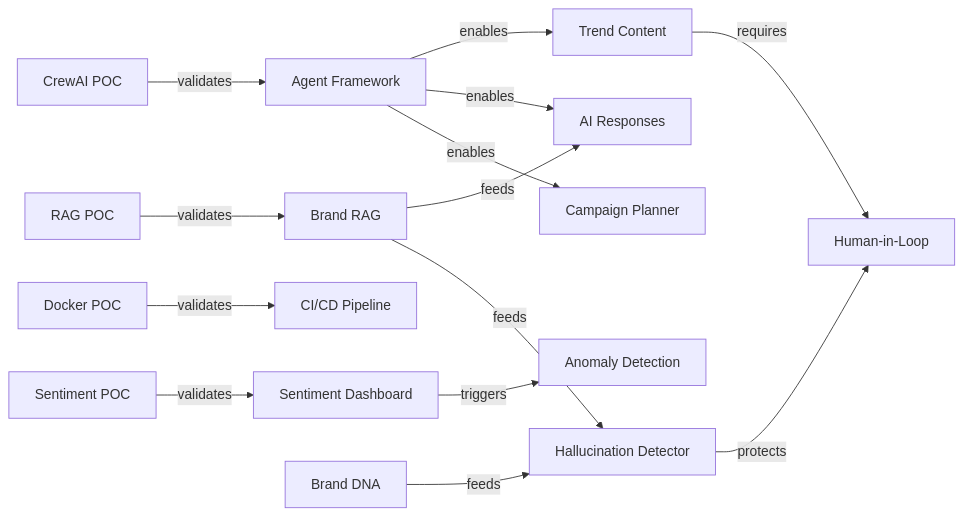
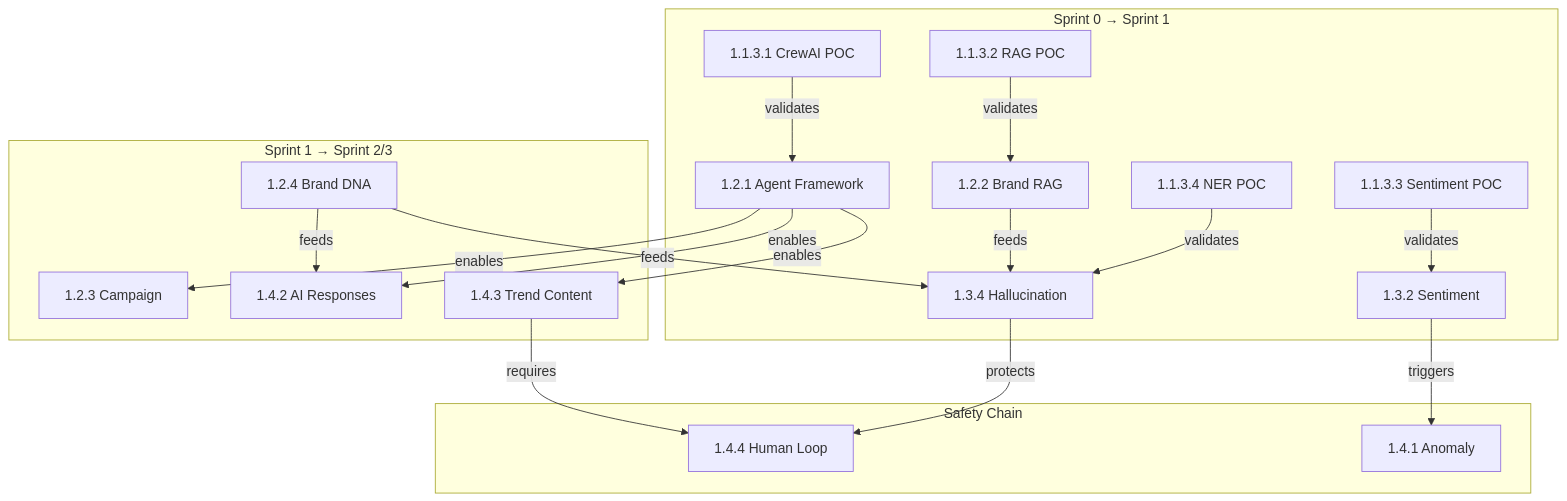
One commit to pulse-mas/pulse-multi-agent-platform changed the diagram in docs/Scrum/WBS.md. Above: the diagram before and after it, drawn with Mermaid. The commit also changed other lines of this file, not shown here.

````diff
--- a/docs/Scrum/WBS.md
+++ b/docs/Scrum/WBS.md
@@ -253,19 +331,24 @@
 ```mermaid
-graph LR
-    POC1[CrewAI POC] -->|validates| US001[Agent Framework]
-    POC2[RAG POC] -->|validates| US002[Brand RAG]
-    POC3[Sentiment POC] -->|validates| US005[Sentiment Dashboard]
-    POC4[Docker POC] -->|validates| US014[CI/CD Pipeline]
+graph TD
+    subgraph "Sprint 0 → Sprint 1"
+        POC1[1.1.3.1 CrewAI POC] -->|validates| US001[1.2.1 Agent Framework]
+        POC2[1.1.3.2 RAG POC] -->|validates| US002[1.2.2 Brand RAG]
+        POC3[1.1.3.3 Sentiment POC] -->|validates| US005[1.3.2 Sentiment]
+        POC4[1.1.3.4 NER POC] -->|validates| US011[1.3.4 Hallucination]
+    end
     
-    US001 -->|enables| US003[Campaign Planner]
-    US001 -->|enables| US008[AI Responses]
-    US001 -->|enables| US009[Trend Content]
+    subgraph "Sprint 1 → Sprint 2/3"
+        US001 -->|enables| US003[1.2.3 Campaign]
+        US001 -->|enables| US008[1.4.2 AI Responses]
+        US001 -->|enables| US009[1.4.3 Trend Content]
+        US002 -->|feeds| US011
+        US010[1.2.4 Brand DNA] -->|feeds| US011
+        US010 -->|feeds| US008
+    end
     
-    US002 -->|feeds| US011[Hallucination Detector]
-    US002 -->|feeds| US008
-    
-    US010[Brand DNA] -->|feeds| US011
-    US005 -->|triggers| US006[Anomaly Detection]
-    US011 -->|protects| US012[Human-in-Loop]
-    US009 -->|requires| US012
+    subgraph "Safety Chain"
+        US011 -->|protects| US012[1.4.4 Human Loop]
+        US005 -->|triggers| US006[1.4.1 Anomaly]
+        US009 -->|requires| US012
+    end
 ```
````
